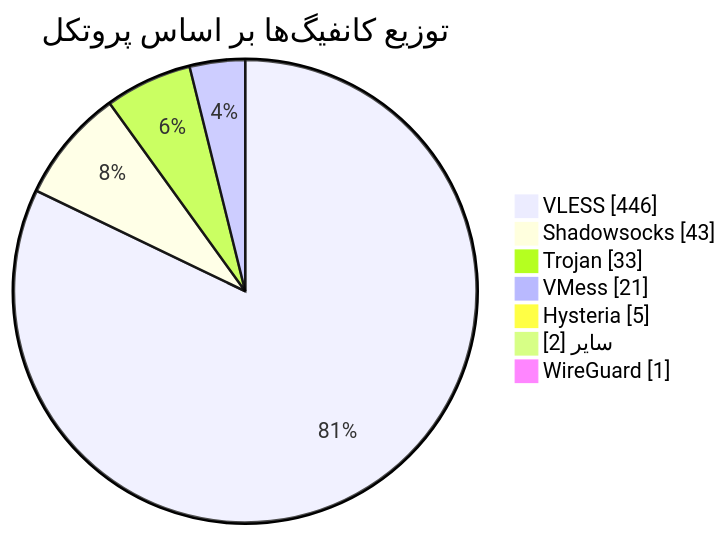
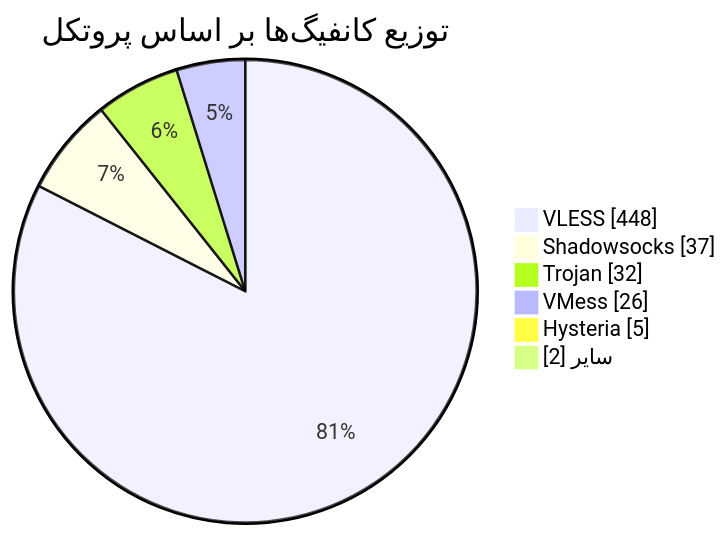
Before and after one commit to Arian-Alijani/Somthing: the diagram in README.md, drawn with Mermaid. The commit also changed other lines of this file and 87 other files, not shown here.

````diff
--- a/README.md
+++ b/README.md
@@ -49,11 +48,10 @@
 ```mermaid
 pie showData
     title توزیع کانفیگ‌ها بر اساس پروتکل
-    "VLESS" : 446
-    "Shadowsocks" : 43
-    "Trojan" : 33
-    "VMess" : 21
+    "VLESS" : 448
+    "Shadowsocks" : 37
+    "Trojan" : 32
+    "VMess" : 26
     "Hysteria" : 5
     "سایر" : 2
-    "WireGuard" : 1
 ```
````
